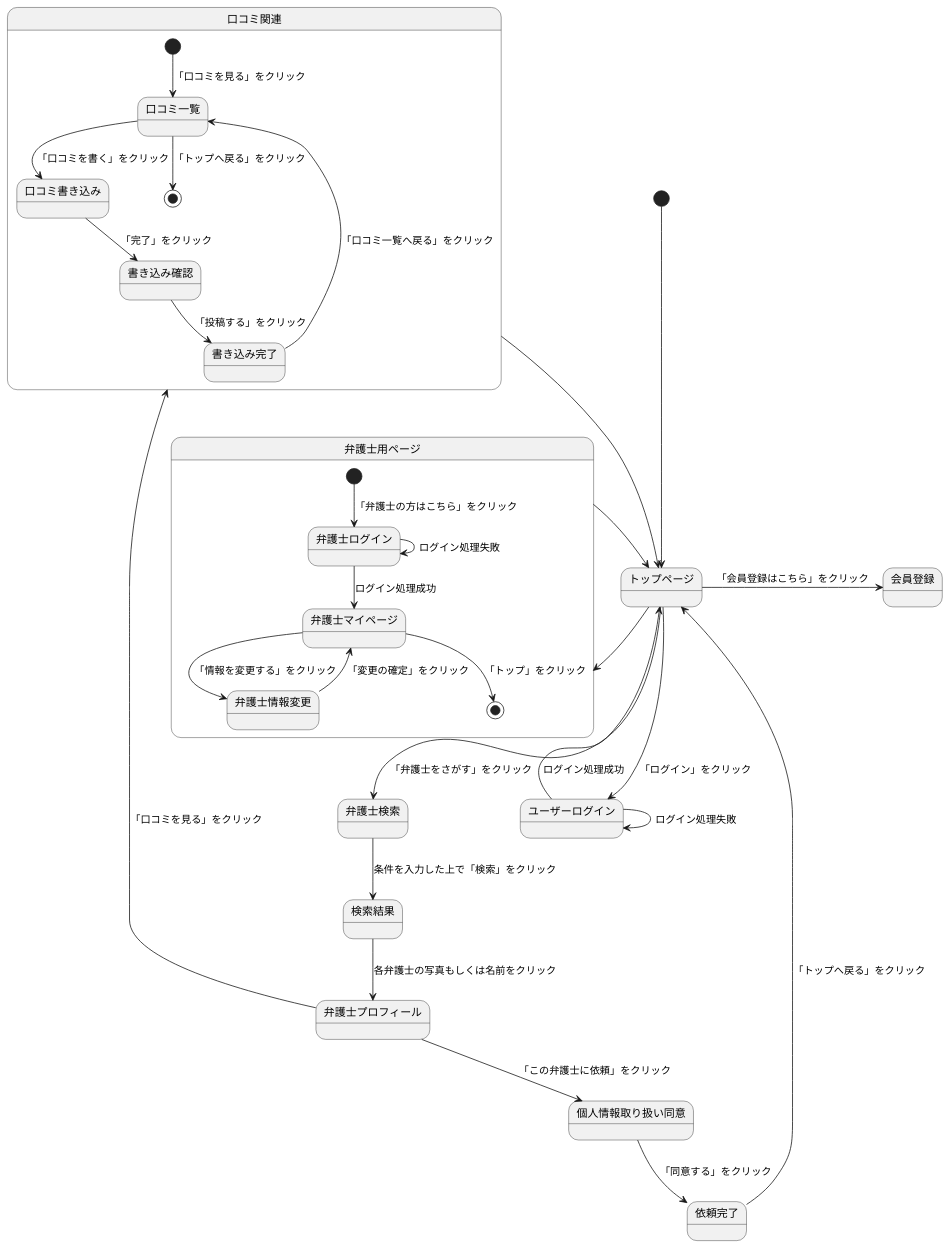
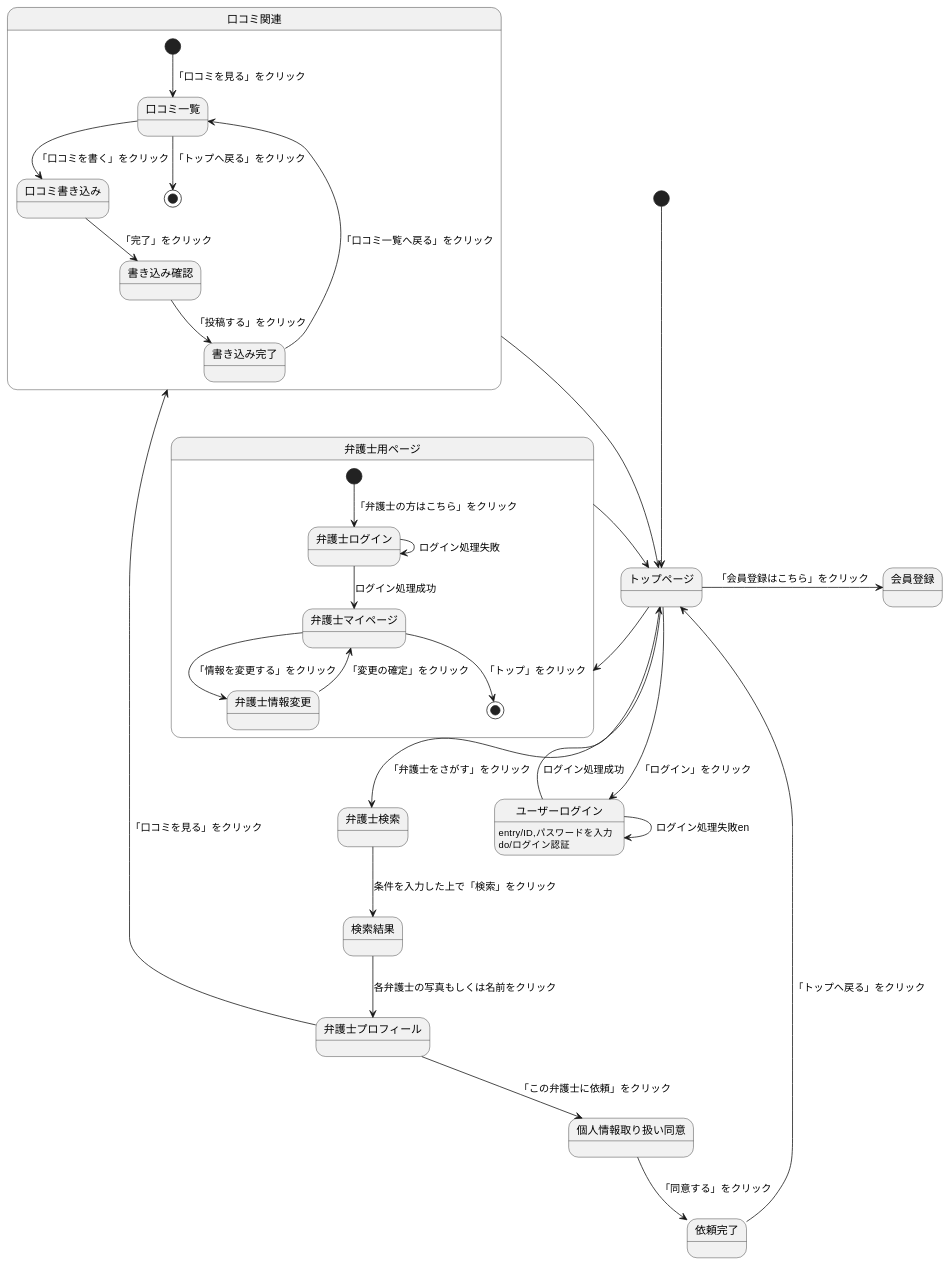
Before and after one commit to Aso2001374/2021sys-design: the diagram in 0524kadai.md, drawn with PlantUML.

````diff
--- a/0524kadai.md
+++ b/0524kadai.md
@@ -1,39 +1,41 @@
 ```uml
 @startuml
 [*] --> トップページ
 トップページ -> 会員登録:「会員登録はこちら」をクリック
 トップページ --> ユーザーログイン:「ログイン」をクリック
 ユーザーログイン--> トップページ: ログイン処理成功
-ユーザーログイン--> ユーザーログイン: ログイン処理失敗
+ユーザーログイン--> ユーザーログイン: ログイン処理失敗en
+ユーザーログイン:entry/ID,パスワードを入力
+ユーザーログイン:do/ログイン認証
 
 トップページ -left-> 弁護士用ページ
 state 弁護士用ページ{
 [*] --> 弁護士ログイン:「弁護士の方はこちら」をクリック
 弁護士ログイン--> 弁護士ログイン: ログイン処理失敗
 弁護士ログイン--> 弁護士マイページ: ログイン処理成功
 弁護士マイページ--> 弁護士情報変更: 「情報を変更する」をクリック
 弁護士情報変更--> 弁護士マイページ: 「変更の確定」をクリック
 弁護士マイページ--> [*]: 「トップ」をクリック
 }
 弁護士用ページ -right-> トップページ
 
 トップページ --> 弁護士検索:「弁護士をさがす」をクリック
 弁護士検索 --> 検索結果: 条件を入力した上で「検索」をクリック
 検索結果 -down-> 弁護士プロフィール: 各弁護士の写真もしくは名前をクリック
 弁護士プロフィール -left-> 口コミ関連:「口コミを見る」をクリック
 弁護士プロフィール --> 個人情報取り扱い同意:「この弁護士に依頼」をクリック
 個人情報取り扱い同意-->依頼完了:「同意する」をクリック
 依頼完了-->トップページ:「トップへ戻る」をクリック
 
 state 口コミ関連{
 [*] --> 口コミ一覧 : 「口コミを見る」をクリック
 口コミ一覧 --> 口コミ書き込み:「口コミを書く」をクリック
 口コミ書き込み --> 書き込み確認:「完了」をクリック
 書き込み確認 --> 書き込み完了:「投稿する」をクリック
 書き込み完了 --> 口コミ一覧:「口コミ一覧へ戻る」をクリック
 口コミ一覧 --> [*]:「トップへ戻る」をクリック
 }
 口コミ関連 --> トップページ
 
 @enduml
 ```
````
